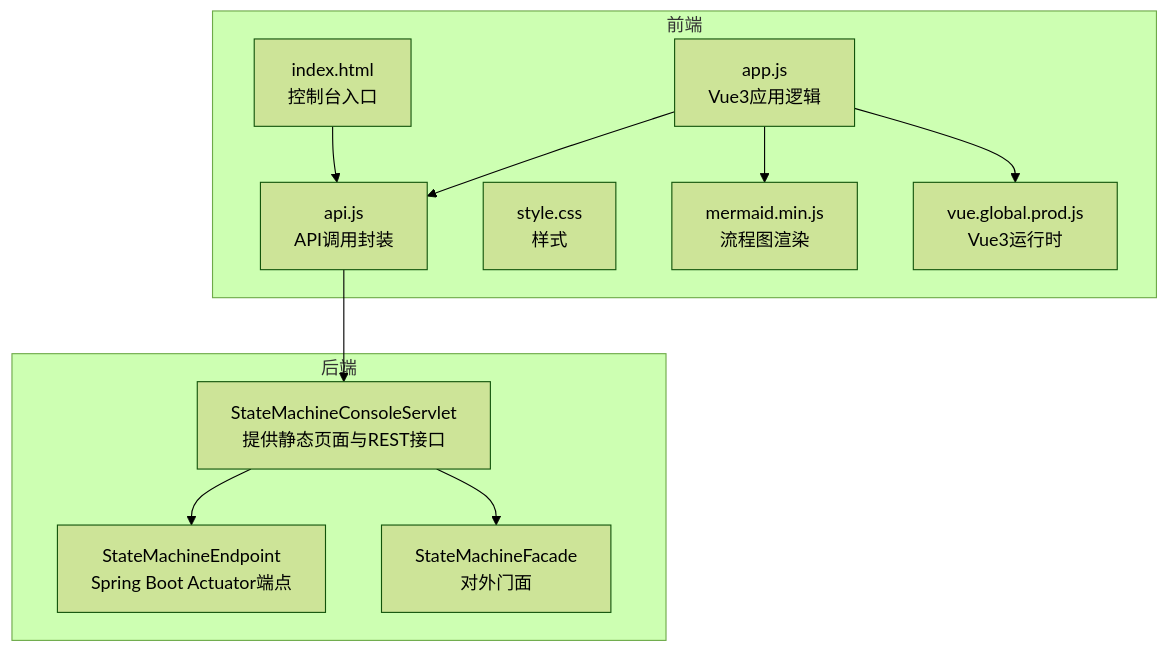
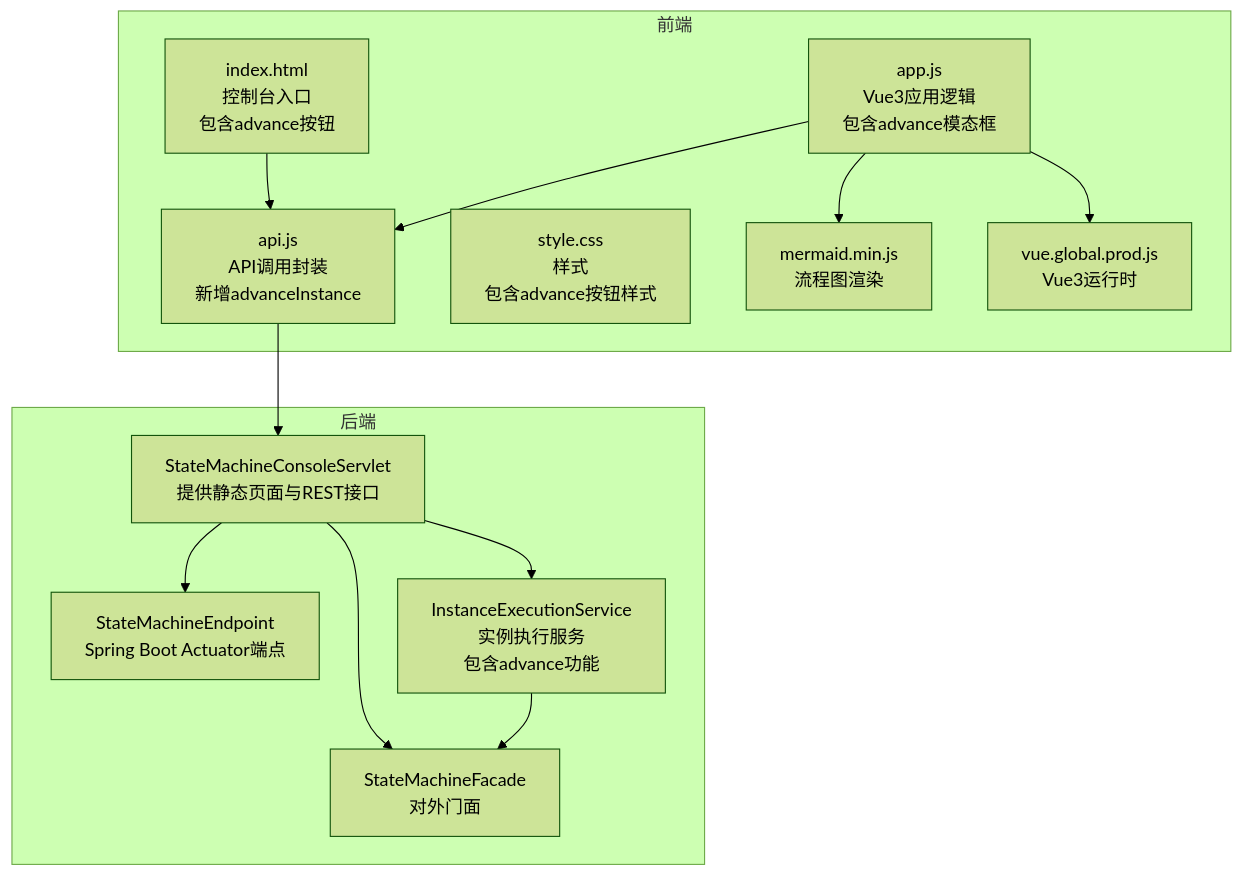
Before and after one commit to xiaoche80s-tech/state-machine-parent: the first of 7 diagrams in .qoder/repowiki/zh/content/管理控制台/管理控制台.md, drawn with Mermaid (forest theme). The commit also changed other lines of this file and 7 other files, not shown here.

````diff
--- a/.qoder/repowiki/zh/content/管理控制台/管理控制台.md
+++ b/.qoder/repowiki/zh/content/管理控制台/管理控制台.md
@@ -55,23 +59,26 @@
 ```mermaid
 graph TB
 subgraph "后端"
 A["StateMachineConsoleServlet<br/>提供静态页面与REST接口"]
 B["StateMachineEndpoint<br/>Spring Boot Actuator端点"]
 C["StateMachineFacade<br/>对外门面"]
+D["InstanceExecutionService<br/>实例执行服务<br/>包含advance功能"]
 end
 subgraph "前端"
-D["index.html<br/>控制台入口"]
-E["api.js<br/>API调用封装"]
-F["app.js<br/>Vue3应用逻辑"]
-G["style.css<br/>样式"]
-H["mermaid.min.js<br/>流程图渲染"]
-I["vue.global.prod.js<br/>Vue3运行时"]
+E["index.html<br/>控制台入口<br/>包含advance按钮"]
+F["api.js<br/>API调用封装<br/>新增advanceInstance"]
+G["app.js<br/>Vue3应用逻辑<br/>包含advance模态框"]
+H["style.css<br/>样式<br/>包含advance按钮样式"]
+I["mermaid.min.js<br/>流程图渲染"]
+J["vue.global.prod.js<br/>Vue3运行时"]
 end
-D --> E
-E --> A
-F --> E
-F --> H
-F --> I
+E --> F
+F --> A
+G --> F
+G --> I
+G --> J
 A --> B
 A --> C
+A --> D
+D --> C
 ```
````
